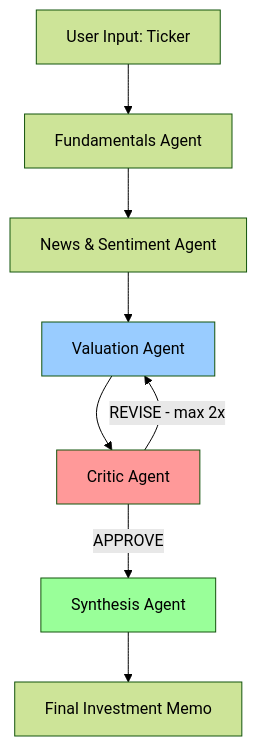
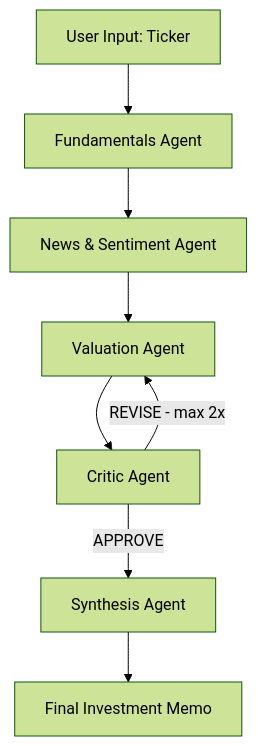
The diagram in README.md (muhimra/equity-research-crew), drawn with Mermaid (forest theme) before and after one commit.

````diff
--- a/README.md
+++ b/README.md
@@ -11,14 +11,12 @@
 ```mermaid
 graph TD
     A[User Input: Ticker] --> B[Fundamentals Agent]
     B --> C[News & Sentiment Agent]
     C --> D[Valuation Agent]
     D --> E[Critic Agent]
     E -->|REVISE - max 2x| D
     E -->|APPROVE| F[Synthesis Agent]
     F --> G[Final Investment Memo]
 
-    style E fill:#ff9999
-    style D fill:#99ccff
-    style F fill:#99ff99
+
 ```
````
